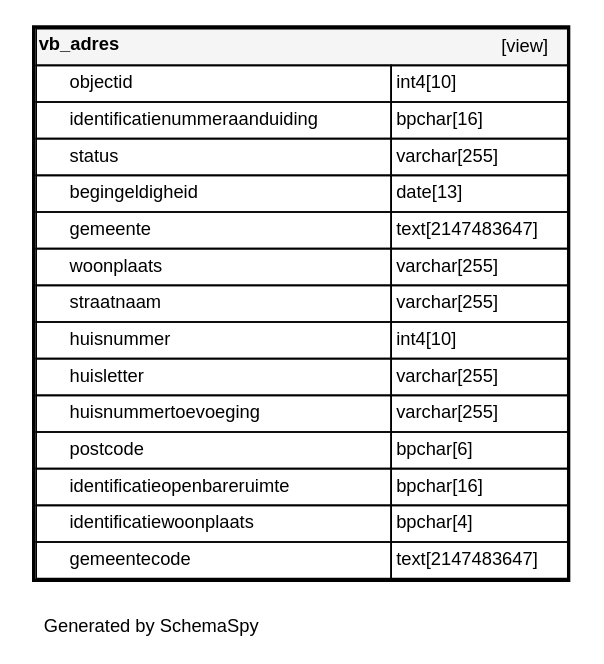
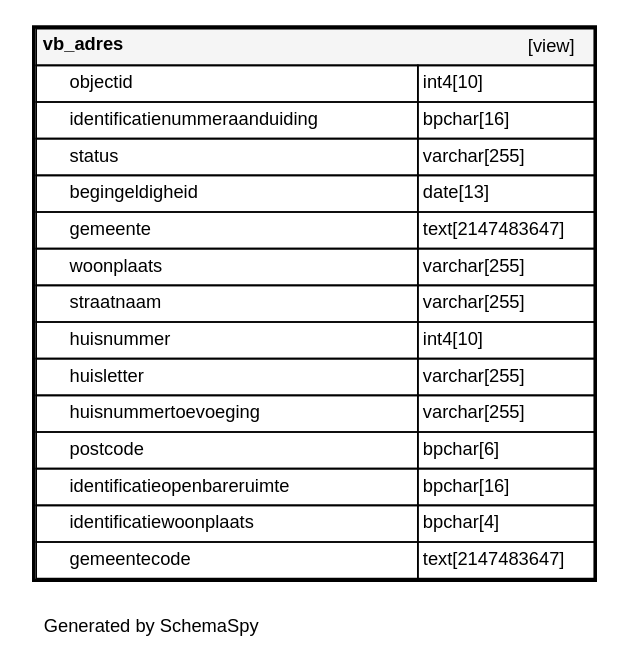
Before and after one commit to B3Partners/brmo: the diagram in datamodel/schemaspy/bag/diagrams/tables/vb_adres.1degree.dot, drawn with Graphviz. The commit also changed 10006 other files, not shown here.

```diff
--- a/datamodel/schemaspy/bag/diagrams/tables/vb_adres.1degree.dot
+++ b/datamodel/schemaspy/bag/diagrams/tables/vb_adres.1degree.dot
@@ -1,26 +1,26 @@
 digraph "oneDegreeRelationshipsDiagram" {
-  graph [    rankdir="RL"    bgcolor="#ffffff"    label="\nGenerated by SchemaSpy"    labeljust="l"    nodesep="0.18"    ranksep="0.46"    fontname="Helvetica"    fontsize="11"    ration="compress"  ];  node [    fontname="Helvetica"    fontsize="11"    shape="plaintext"  ];  edge [    arrowsize="0.8"  ];
+  graph [    rankdir="RL"    bgcolor="#ffffff"    label="\nGenerated by SchemaSpy"    labeljust="l"    nodesep="0.18"    ranksep="0.46"    fontname="Helvetica"    fontsize="11"    packmode="graph"  ];  node [    fontname="Helvetica"    fontsize="11"    shape="plaintext"  ];  edge [    arrowsize="0.8"  ];
   "vb_adres" [
    label=<
     <TABLE BORDER="2" CELLBORDER="1" CELLSPACING="0" BGCOLOR="#ffffff">
-      <TR><TD COLSPAN="4"  BGCOLOR="#f5f5f5"><TABLE BORDER="0" CELLSPACING="0"><TR><TD ALIGN="LEFT" FIXEDSIZE="TRUE" WIDTH="52" HEIGHT="16"><B>vb_adres</B></TD><TD ALIGN="RIGHT">[view]</TD></TR></TABLE></TD></TR>
-      <TR><TD PORT="objectid" COLSPAN="2" ALIGN="LEFT"><TABLE BORDER="0" CELLSPACING="0" ALIGN="LEFT"><TR ALIGN="LEFT"><TD ALIGN="LEFT" FIXEDSIZE="TRUE" WIDTH="15" HEIGHT="16"></TD><TD ALIGN="LEFT" FIXEDSIZE="TRUE" WIDTH="192" HEIGHT="16">objectid</TD></TR></TABLE></TD><TD PORT="objectid.type" ALIGN="LEFT">int4[10]</TD></TR>
-      <TR><TD PORT="identificatienummeraanduiding" COLSPAN="2" ALIGN="LEFT"><TABLE BORDER="0" CELLSPACING="0" ALIGN="LEFT"><TR ALIGN="LEFT"><TD ALIGN="LEFT" FIXEDSIZE="TRUE" WIDTH="15" HEIGHT="16"></TD><TD ALIGN="LEFT" FIXEDSIZE="TRUE" WIDTH="192" HEIGHT="16">identificatienummeraanduiding</TD></TR></TABLE></TD><TD PORT="identificatienummeraanduiding.type" ALIGN="LEFT">bpchar[16]</TD></TR>
-      <TR><TD PORT="status" COLSPAN="2" ALIGN="LEFT"><TABLE BORDER="0" CELLSPACING="0" ALIGN="LEFT"><TR ALIGN="LEFT"><TD ALIGN="LEFT" FIXEDSIZE="TRUE" WIDTH="15" HEIGHT="16"></TD><TD ALIGN="LEFT" FIXEDSIZE="TRUE" WIDTH="192" HEIGHT="16">status</TD></TR></TABLE></TD><TD PORT="status.type" ALIGN="LEFT">varchar[255]</TD></TR>
-      <TR><TD PORT="begingeldigheid" COLSPAN="2" ALIGN="LEFT"><TABLE BORDER="0" CELLSPACING="0" ALIGN="LEFT"><TR ALIGN="LEFT"><TD ALIGN="LEFT" FIXEDSIZE="TRUE" WIDTH="15" HEIGHT="16"></TD><TD ALIGN="LEFT" FIXEDSIZE="TRUE" WIDTH="192" HEIGHT="16">begingeldigheid</TD></TR></TABLE></TD><TD PORT="begingeldigheid.type" ALIGN="LEFT">date[13]</TD></TR>
-      <TR><TD PORT="gemeente" COLSPAN="2" ALIGN="LEFT"><TABLE BORDER="0" CELLSPACING="0" ALIGN="LEFT"><TR ALIGN="LEFT"><TD ALIGN="LEFT" FIXEDSIZE="TRUE" WIDTH="15" HEIGHT="16"></TD><TD ALIGN="LEFT" FIXEDSIZE="TRUE" WIDTH="192" HEIGHT="16">gemeente</TD></TR></TABLE></TD><TD PORT="gemeente.type" ALIGN="LEFT">text[2147483647]</TD></TR>
-      <TR><TD PORT="woonplaats" COLSPAN="2" ALIGN="LEFT"><TABLE BORDER="0" CELLSPACING="0" ALIGN="LEFT"><TR ALIGN="LEFT"><TD ALIGN="LEFT" FIXEDSIZE="TRUE" WIDTH="15" HEIGHT="16"></TD><TD ALIGN="LEFT" FIXEDSIZE="TRUE" WIDTH="192" HEIGHT="16">woonplaats</TD></TR></TABLE></TD><TD PORT="woonplaats.type" ALIGN="LEFT">varchar[255]</TD></TR>
-      <TR><TD PORT="straatnaam" COLSPAN="2" ALIGN="LEFT"><TABLE BORDER="0" CELLSPACING="0" ALIGN="LEFT"><TR ALIGN="LEFT"><TD ALIGN="LEFT" FIXEDSIZE="TRUE" WIDTH="15" HEIGHT="16"></TD><TD ALIGN="LEFT" FIXEDSIZE="TRUE" WIDTH="192" HEIGHT="16">straatnaam</TD></TR></TABLE></TD><TD PORT="straatnaam.type" ALIGN="LEFT">varchar[255]</TD></TR>
-      <TR><TD PORT="huisnummer" COLSPAN="2" ALIGN="LEFT"><TABLE BORDER="0" CELLSPACING="0" ALIGN="LEFT"><TR ALIGN="LEFT"><TD ALIGN="LEFT" FIXEDSIZE="TRUE" WIDTH="15" HEIGHT="16"></TD><TD ALIGN="LEFT" FIXEDSIZE="TRUE" WIDTH="192" HEIGHT="16">huisnummer</TD></TR></TABLE></TD><TD PORT="huisnummer.type" ALIGN="LEFT">int4[10]</TD></TR>
-      <TR><TD PORT="huisletter" COLSPAN="2" ALIGN="LEFT"><TABLE BORDER="0" CELLSPACING="0" ALIGN="LEFT"><TR ALIGN="LEFT"><TD ALIGN="LEFT" FIXEDSIZE="TRUE" WIDTH="15" HEIGHT="16"></TD><TD ALIGN="LEFT" FIXEDSIZE="TRUE" WIDTH="192" HEIGHT="16">huisletter</TD></TR></TABLE></TD><TD PORT="huisletter.type" ALIGN="LEFT">varchar[255]</TD></TR>
-      <TR><TD PORT="huisnummertoevoeging" COLSPAN="2" ALIGN="LEFT"><TABLE BORDER="0" CELLSPACING="0" ALIGN="LEFT"><TR ALIGN="LEFT"><TD ALIGN="LEFT" FIXEDSIZE="TRUE" WIDTH="15" HEIGHT="16"></TD><TD ALIGN="LEFT" FIXEDSIZE="TRUE" WIDTH="192" HEIGHT="16">huisnummertoevoeging</TD></TR></TABLE></TD><TD PORT="huisnummertoevoeging.type" ALIGN="LEFT">varchar[255]</TD></TR>
-      <TR><TD PORT="postcode" COLSPAN="2" ALIGN="LEFT"><TABLE BORDER="0" CELLSPACING="0" ALIGN="LEFT"><TR ALIGN="LEFT"><TD ALIGN="LEFT" FIXEDSIZE="TRUE" WIDTH="15" HEIGHT="16"></TD><TD ALIGN="LEFT" FIXEDSIZE="TRUE" WIDTH="192" HEIGHT="16">postcode</TD></TR></TABLE></TD><TD PORT="postcode.type" ALIGN="LEFT">bpchar[6]</TD></TR>
-      <TR><TD PORT="identificatieopenbareruimte" COLSPAN="2" ALIGN="LEFT"><TABLE BORDER="0" CELLSPACING="0" ALIGN="LEFT"><TR ALIGN="LEFT"><TD ALIGN="LEFT" FIXEDSIZE="TRUE" WIDTH="15" HEIGHT="16"></TD><TD ALIGN="LEFT" FIXEDSIZE="TRUE" WIDTH="192" HEIGHT="16">identificatieopenbareruimte</TD></TR></TABLE></TD><TD PORT="identificatieopenbareruimte.type" ALIGN="LEFT">bpchar[16]</TD></TR>
-      <TR><TD PORT="identificatiewoonplaats" COLSPAN="2" ALIGN="LEFT"><TABLE BORDER="0" CELLSPACING="0" ALIGN="LEFT"><TR ALIGN="LEFT"><TD ALIGN="LEFT" FIXEDSIZE="TRUE" WIDTH="15" HEIGHT="16"></TD><TD ALIGN="LEFT" FIXEDSIZE="TRUE" WIDTH="192" HEIGHT="16">identificatiewoonplaats</TD></TR></TABLE></TD><TD PORT="identificatiewoonplaats.type" ALIGN="LEFT">bpchar[4]</TD></TR>
-      <TR><TD PORT="gemeentecode" COLSPAN="2" ALIGN="LEFT"><TABLE BORDER="0" CELLSPACING="0" ALIGN="LEFT"><TR ALIGN="LEFT"><TD ALIGN="LEFT" FIXEDSIZE="TRUE" WIDTH="15" HEIGHT="16"></TD><TD ALIGN="LEFT" FIXEDSIZE="TRUE" WIDTH="192" HEIGHT="16">gemeentecode</TD></TR></TABLE></TD><TD PORT="gemeentecode.type" ALIGN="LEFT">text[2147483647]</TD></TR>
+      <TR><TD COLSPAN="4"  BGCOLOR="#f5f5f5"><TABLE BORDER="0" CELLSPACING="0"><TR><TD ALIGN="LEFT" FIXEDSIZE="TRUE" WIDTH="57" HEIGHT="16"><B>vb_adres</B></TD><TD ALIGN="RIGHT">[view]</TD></TR></TABLE></TD></TR>
+      <TR><TD PORT="objectid" COLSPAN="2" ALIGN="LEFT"><TABLE BORDER="0" CELLSPACING="0" ALIGN="LEFT"><TR ALIGN="LEFT"><TD ALIGN="LEFT" FIXEDSIZE="TRUE" WIDTH="15" HEIGHT="16"></TD><TD ALIGN="LEFT" FIXEDSIZE="TRUE" WIDTH="208" HEIGHT="16">objectid</TD></TR></TABLE></TD><TD PORT="objectid.type" ALIGN="LEFT">int4[10]</TD></TR>
+      <TR><TD PORT="identificatienummeraanduiding" COLSPAN="2" ALIGN="LEFT"><TABLE BORDER="0" CELLSPACING="0" ALIGN="LEFT"><TR ALIGN="LEFT"><TD ALIGN="LEFT" FIXEDSIZE="TRUE" WIDTH="15" HEIGHT="16"></TD><TD ALIGN="LEFT" FIXEDSIZE="TRUE" WIDTH="208" HEIGHT="16">identificatienummeraanduiding</TD></TR></TABLE></TD><TD PORT="identificatienummeraanduiding.type" ALIGN="LEFT">bpchar[16]</TD></TR>
+      <TR><TD PORT="status" COLSPAN="2" ALIGN="LEFT"><TABLE BORDER="0" CELLSPACING="0" ALIGN="LEFT"><TR ALIGN="LEFT"><TD ALIGN="LEFT" FIXEDSIZE="TRUE" WIDTH="15" HEIGHT="16"></TD><TD ALIGN="LEFT" FIXEDSIZE="TRUE" WIDTH="208" HEIGHT="16">status</TD></TR></TABLE></TD><TD PORT="status.type" ALIGN="LEFT">varchar[255]</TD></TR>
+      <TR><TD PORT="begingeldigheid" COLSPAN="2" ALIGN="LEFT"><TABLE BORDER="0" CELLSPACING="0" ALIGN="LEFT"><TR ALIGN="LEFT"><TD ALIGN="LEFT" FIXEDSIZE="TRUE" WIDTH="15" HEIGHT="16"></TD><TD ALIGN="LEFT" FIXEDSIZE="TRUE" WIDTH="208" HEIGHT="16">begingeldigheid</TD></TR></TABLE></TD><TD PORT="begingeldigheid.type" ALIGN="LEFT">date[13]</TD></TR>
+      <TR><TD PORT="gemeente" COLSPAN="2" ALIGN="LEFT"><TABLE BORDER="0" CELLSPACING="0" ALIGN="LEFT"><TR ALIGN="LEFT"><TD ALIGN="LEFT" FIXEDSIZE="TRUE" WIDTH="15" HEIGHT="16"></TD><TD ALIGN="LEFT" FIXEDSIZE="TRUE" WIDTH="208" HEIGHT="16">gemeente</TD></TR></TABLE></TD><TD PORT="gemeente.type" ALIGN="LEFT">text[2147483647]</TD></TR>
+      <TR><TD PORT="woonplaats" COLSPAN="2" ALIGN="LEFT"><TABLE BORDER="0" CELLSPACING="0" ALIGN="LEFT"><TR ALIGN="LEFT"><TD ALIGN="LEFT" FIXEDSIZE="TRUE" WIDTH="15" HEIGHT="16"></TD><TD ALIGN="LEFT" FIXEDSIZE="TRUE" WIDTH="208" HEIGHT="16">woonplaats</TD></TR></TABLE></TD><TD PORT="woonplaats.type" ALIGN="LEFT">varchar[255]</TD></TR>
+      <TR><TD PORT="straatnaam" COLSPAN="2" ALIGN="LEFT"><TABLE BORDER="0" CELLSPACING="0" ALIGN="LEFT"><TR ALIGN="LEFT"><TD ALIGN="LEFT" FIXEDSIZE="TRUE" WIDTH="15" HEIGHT="16"></TD><TD ALIGN="LEFT" FIXEDSIZE="TRUE" WIDTH="208" HEIGHT="16">straatnaam</TD></TR></TABLE></TD><TD PORT="straatnaam.type" ALIGN="LEFT">varchar[255]</TD></TR>
+      <TR><TD PORT="huisnummer" COLSPAN="2" ALIGN="LEFT"><TABLE BORDER="0" CELLSPACING="0" ALIGN="LEFT"><TR ALIGN="LEFT"><TD ALIGN="LEFT" FIXEDSIZE="TRUE" WIDTH="15" HEIGHT="16"></TD><TD ALIGN="LEFT" FIXEDSIZE="TRUE" WIDTH="208" HEIGHT="16">huisnummer</TD></TR></TABLE></TD><TD PORT="huisnummer.type" ALIGN="LEFT">int4[10]</TD></TR>
+      <TR><TD PORT="huisletter" COLSPAN="2" ALIGN="LEFT"><TABLE BORDER="0" CELLSPACING="0" ALIGN="LEFT"><TR ALIGN="LEFT"><TD ALIGN="LEFT" FIXEDSIZE="TRUE" WIDTH="15" HEIGHT="16"></TD><TD ALIGN="LEFT" FIXEDSIZE="TRUE" WIDTH="208" HEIGHT="16">huisletter</TD></TR></TABLE></TD><TD PORT="huisletter.type" ALIGN="LEFT">varchar[255]</TD></TR>
+      <TR><TD PORT="huisnummertoevoeging" COLSPAN="2" ALIGN="LEFT"><TABLE BORDER="0" CELLSPACING="0" ALIGN="LEFT"><TR ALIGN="LEFT"><TD ALIGN="LEFT" FIXEDSIZE="TRUE" WIDTH="15" HEIGHT="16"></TD><TD ALIGN="LEFT" FIXEDSIZE="TRUE" WIDTH="208" HEIGHT="16">huisnummertoevoeging</TD></TR></TABLE></TD><TD PORT="huisnummertoevoeging.type" ALIGN="LEFT">varchar[255]</TD></TR>
+      <TR><TD PORT="postcode" COLSPAN="2" ALIGN="LEFT"><TABLE BORDER="0" CELLSPACING="0" ALIGN="LEFT"><TR ALIGN="LEFT"><TD ALIGN="LEFT" FIXEDSIZE="TRUE" WIDTH="15" HEIGHT="16"></TD><TD ALIGN="LEFT" FIXEDSIZE="TRUE" WIDTH="208" HEIGHT="16">postcode</TD></TR></TABLE></TD><TD PORT="postcode.type" ALIGN="LEFT">bpchar[6]</TD></TR>
+      <TR><TD PORT="identificatieopenbareruimte" COLSPAN="2" ALIGN="LEFT"><TABLE BORDER="0" CELLSPACING="0" ALIGN="LEFT"><TR ALIGN="LEFT"><TD ALIGN="LEFT" FIXEDSIZE="TRUE" WIDTH="15" HEIGHT="16"></TD><TD ALIGN="LEFT" FIXEDSIZE="TRUE" WIDTH="208" HEIGHT="16">identificatieopenbareruimte</TD></TR></TABLE></TD><TD PORT="identificatieopenbareruimte.type" ALIGN="LEFT">bpchar[16]</TD></TR>
+      <TR><TD PORT="identificatiewoonplaats" COLSPAN="2" ALIGN="LEFT"><TABLE BORDER="0" CELLSPACING="0" ALIGN="LEFT"><TR ALIGN="LEFT"><TD ALIGN="LEFT" FIXEDSIZE="TRUE" WIDTH="15" HEIGHT="16"></TD><TD ALIGN="LEFT" FIXEDSIZE="TRUE" WIDTH="208" HEIGHT="16">identificatiewoonplaats</TD></TR></TABLE></TD><TD PORT="identificatiewoonplaats.type" ALIGN="LEFT">bpchar[4]</TD></TR>
+      <TR><TD PORT="gemeentecode" COLSPAN="2" ALIGN="LEFT"><TABLE BORDER="0" CELLSPACING="0" ALIGN="LEFT"><TR ALIGN="LEFT"><TD ALIGN="LEFT" FIXEDSIZE="TRUE" WIDTH="15" HEIGHT="16"></TD><TD ALIGN="LEFT" FIXEDSIZE="TRUE" WIDTH="208" HEIGHT="16">gemeentecode</TD></TR></TABLE></TD><TD PORT="gemeentecode.type" ALIGN="LEFT">text[2147483647]</TD></TR>
     </TABLE>>
     URL="vb_adres.html"
     target="_top"
     tooltip="vb_adres"
   ];
 }
```
